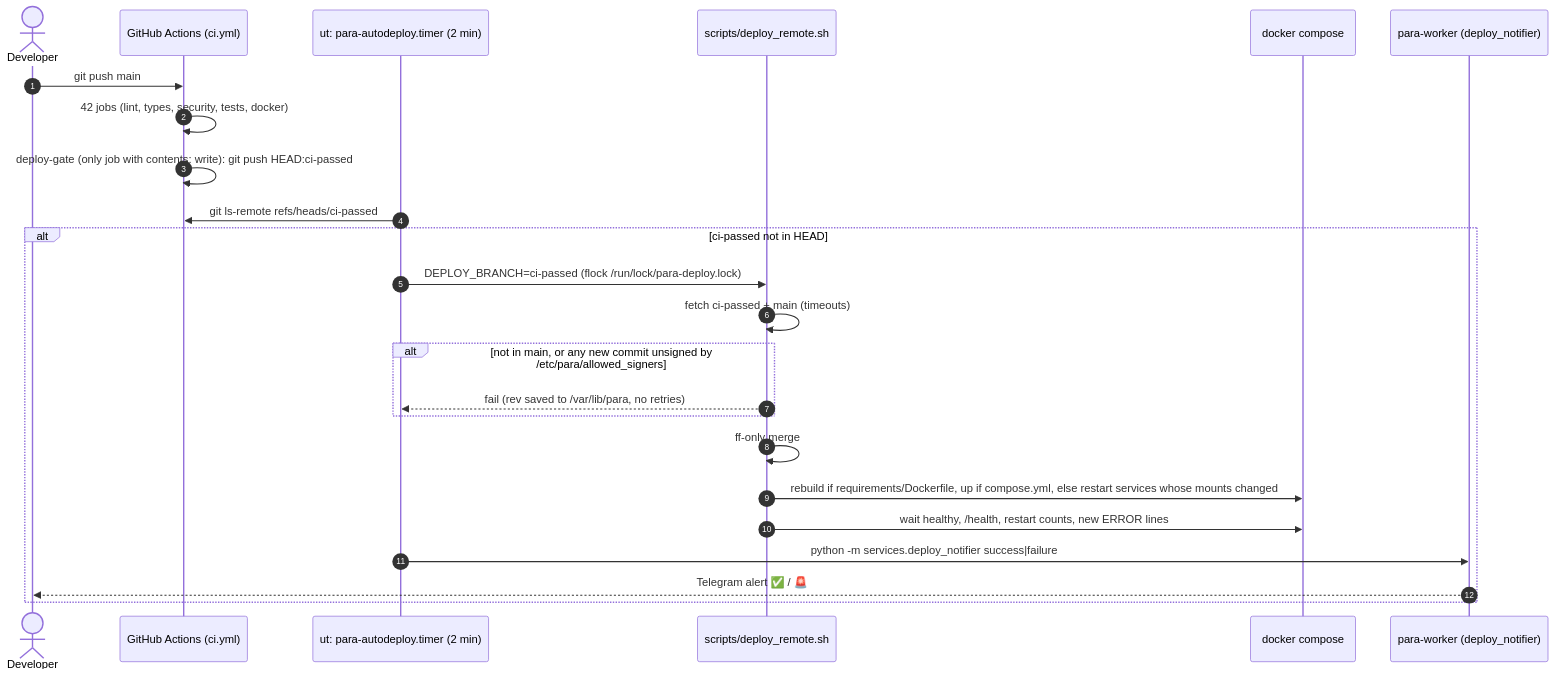
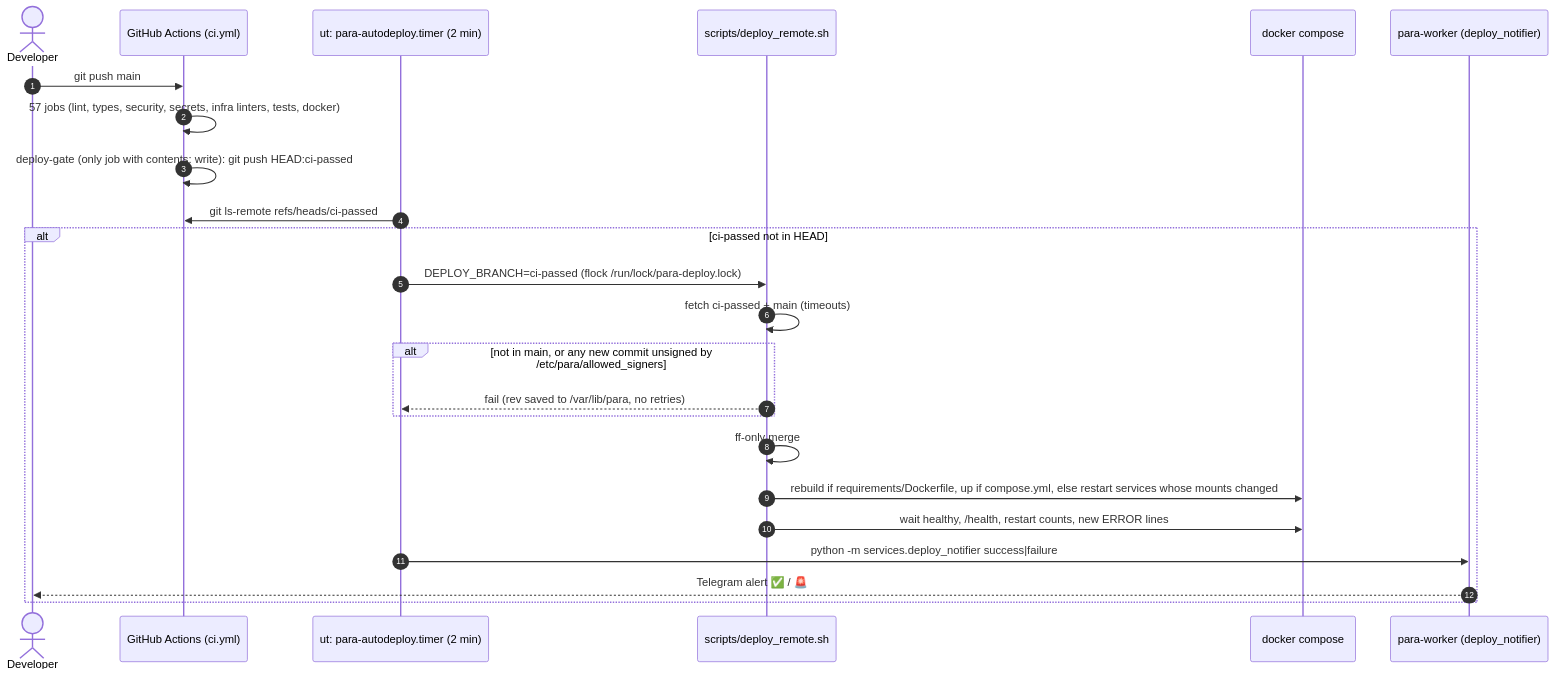
Diagram 30 of 55 in docs/UML.md (Utkautka1/para), drawn with Mermaid before and after one commit. The commit also changed 13 other files, not shown here.

Commit message:
ci: 14 more checks — whole-project length/docstrings, links, shell/docker/workflow/yaml linters, dead code, complexity, bandit for remaining layers, gitleaks, detect-secrets, module imports, pip check, coverage gate

````diff
--- a/docs/UML.md
+++ b/docs/UML.md
@@ -2332,27 +2332,27 @@
 ```mermaid
 sequenceDiagram
     autonumber
     actor Dev as Developer
     participant GH as GitHub Actions (ci.yml)
     participant Timer as ut: para-autodeploy.timer (2 min)
     participant Deploy as scripts/deploy_remote.sh
     participant Compose as docker compose
     participant Bot as para-worker (deploy_notifier)
 
     Dev->>GH: git push main
-    GH->>GH: 42 jobs (lint, types, security, tests, docker)
+    GH->>GH: 57 jobs (lint, types, security, secrets, infra linters, tests, docker)
     GH->>GH: deploy-gate (only job with contents: write): git push HEAD:ci-passed
     Timer->>GH: git ls-remote refs/heads/ci-passed
     alt ci-passed not in HEAD
         Timer->>Deploy: DEPLOY_BRANCH=ci-passed (flock /run/lock/para-deploy.lock)
         Deploy->>Deploy: fetch ci-passed + main (timeouts)
         alt not in main, or any new commit unsigned by /etc/para/allowed_signers
             Deploy-->>Timer: fail (rev saved to /var/lib/para, no retries)
         end
         Deploy->>Deploy: ff-only merge
         Deploy->>Compose: rebuild if requirements/Dockerfile, up if compose.yml, else restart services whose mounts changed
         Deploy->>Compose: wait healthy, /health, restart counts, new ERROR lines
         Timer->>Bot: python -m services.deploy_notifier success|failure
         Bot-->>Dev: Telegram alert ✅ / 🚨
     end
 ```
````
